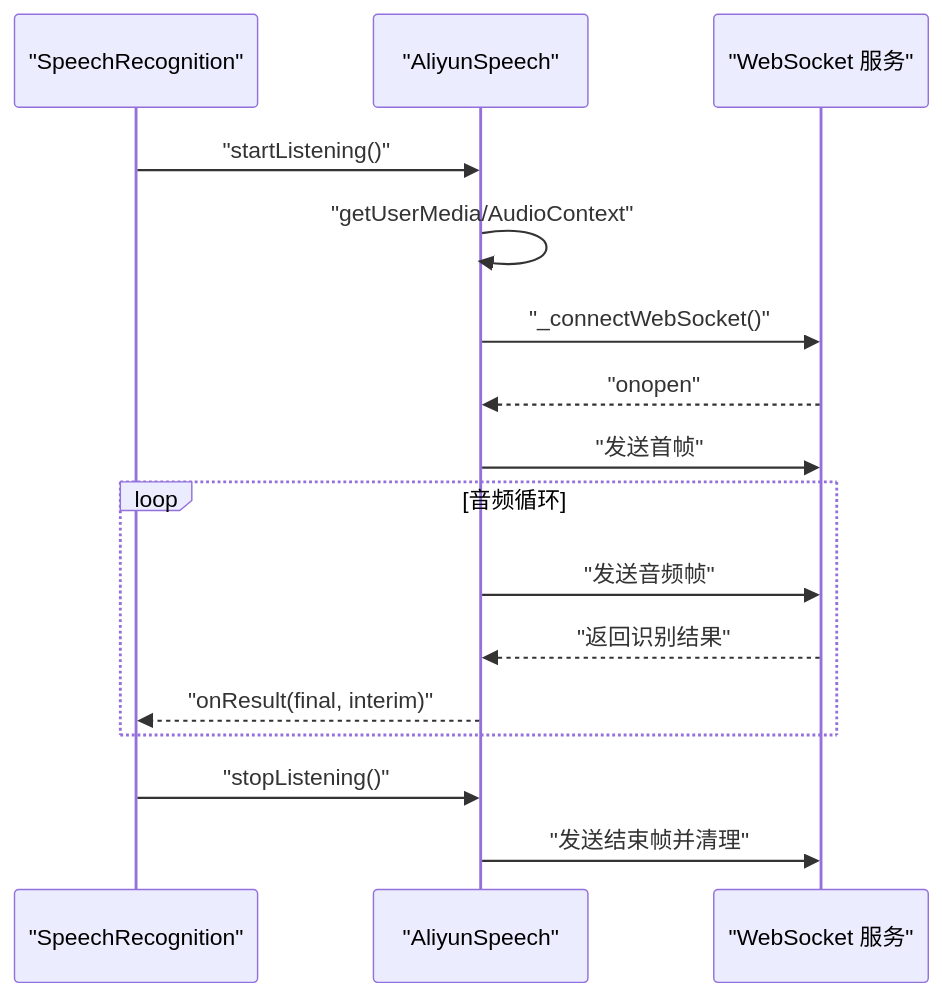
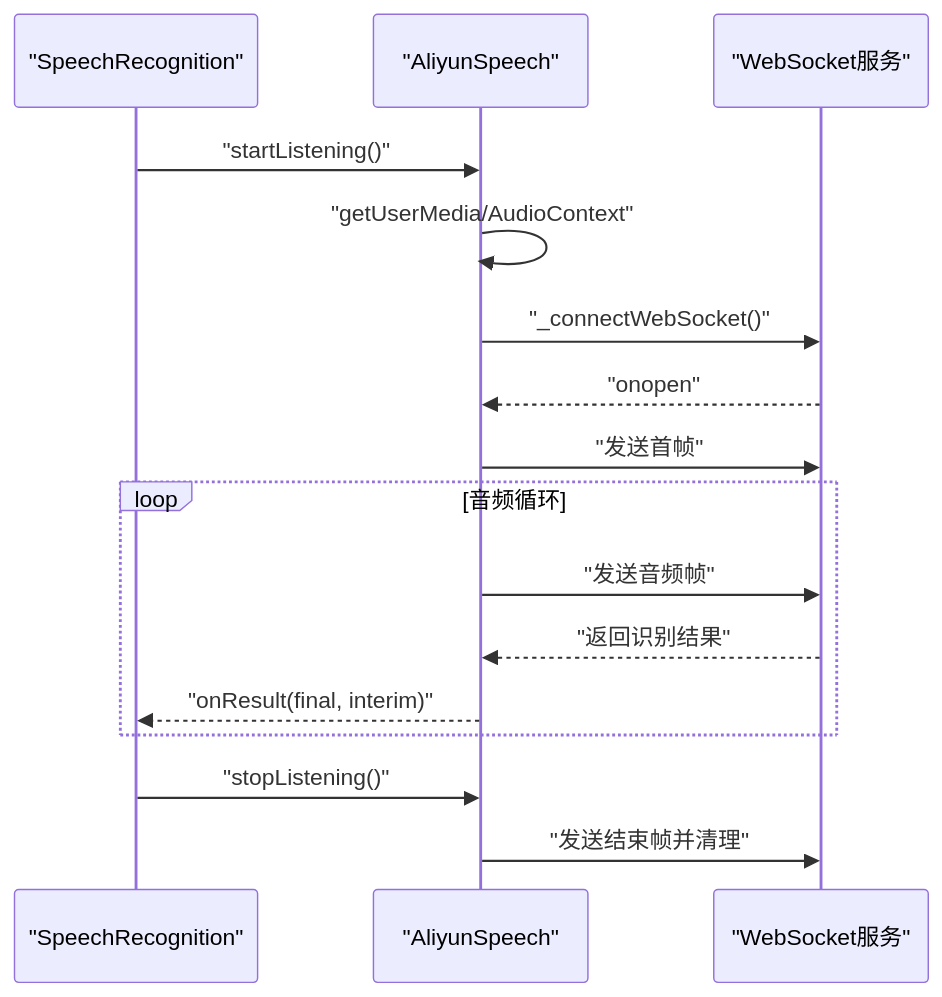
The seventh of 11 diagrams in .qoder/repowiki/zh/content/语音识别模块详解/多后端管理机制.md (db300/MySpeechRecognition), drawn with Mermaid before and after one commit. The commit also changed other lines of this file and 26 other files, not shown here.

````diff
--- a/.qoder/repowiki/zh/content/语音识别模块详解/多后端管理机制.md
+++ b/.qoder/repowiki/zh/content/语音识别模块详解/多后端管理机制.md
@@ -316,18 +302,18 @@
 ```mermaid
 sequenceDiagram
 participant SR as "SpeechRecognition"
 participant AS as "AliyunSpeech"
-participant WS as "WebSocket 服务"
+participant WS as "WebSocket服务"
 SR->>AS : "startListening()"
 AS->>AS : "getUserMedia/AudioContext"
 AS->>WS : "_connectWebSocket()"
 WS-->>AS : "onopen"
 AS->>WS : "发送首帧"
 loop 音频循环
 AS->>WS : "发送音频帧"
 WS-->>AS : "返回识别结果"
 AS-->>SR : "onResult(final, interim)"
 end
 SR->>AS : "stopListening()"
 AS->>WS : "发送结束帧并清理"
 ```
````
